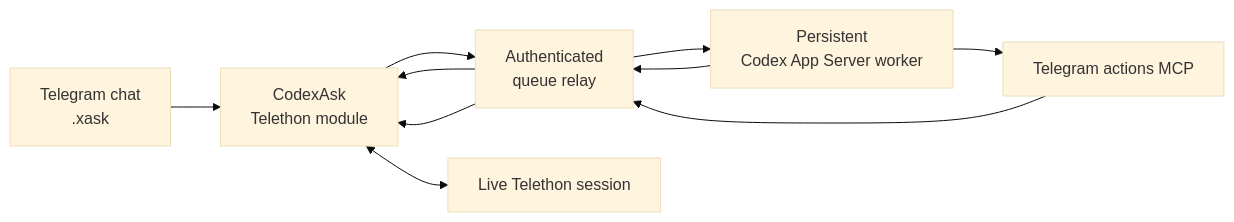
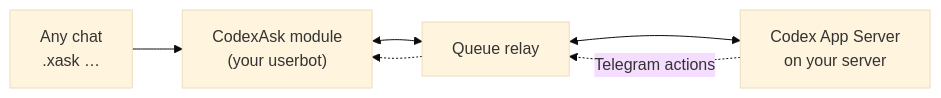
One commit to maleon17/codex-ask changed the diagram in README.md. Above: the diagram before and after it, drawn with Mermaid (base theme). The commit also changed other lines of this file, not shown here.

````diff
--- a/README.md
+++ b/README.md
@@ -13,10 +17,7 @@
 ```mermaid
 flowchart LR
-    C["Telegram chat<br/>.xask"] --> U["CodexAsk<br/>Telethon module"]
-    U --> R["Authenticated<br/>queue relay"]
-    R --> W["Persistent<br/>Codex App Server worker"]
-    W --> R --> U
-    W --> M["Telegram actions MCP"]
-    M --> R --> U
-    U <--> T["Live Telethon session"]
+    C["Any chat<br/>.xask …"] --> U["CodexAsk module<br/>(your userbot)"]
+    U <--> R["Queue relay"]
+    R <--> W["Codex App Server<br/>on your server"]
+    W -. "Telegram actions" .-> R -.-> U
 ```
````
